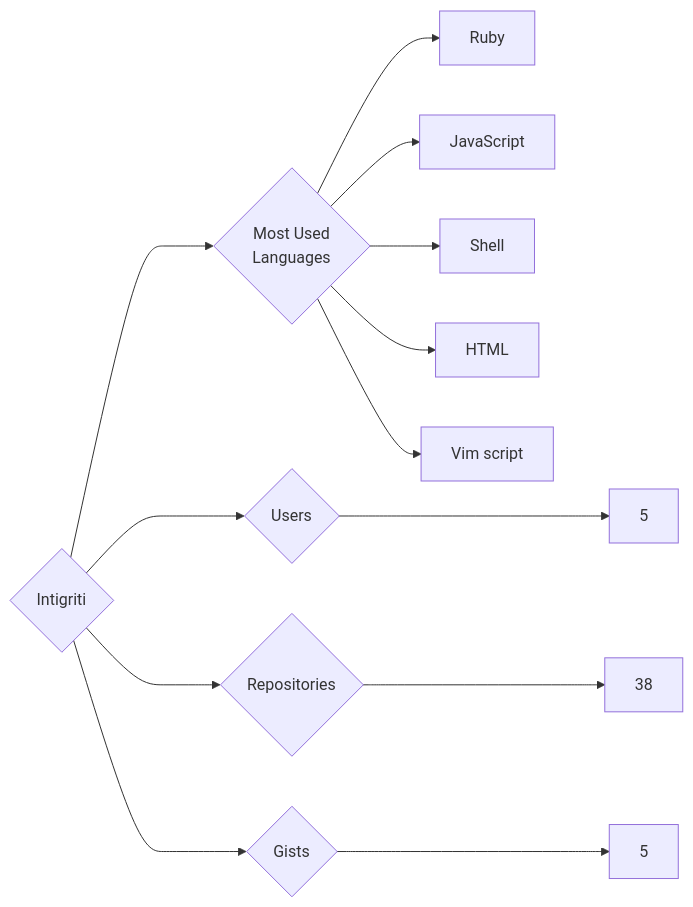
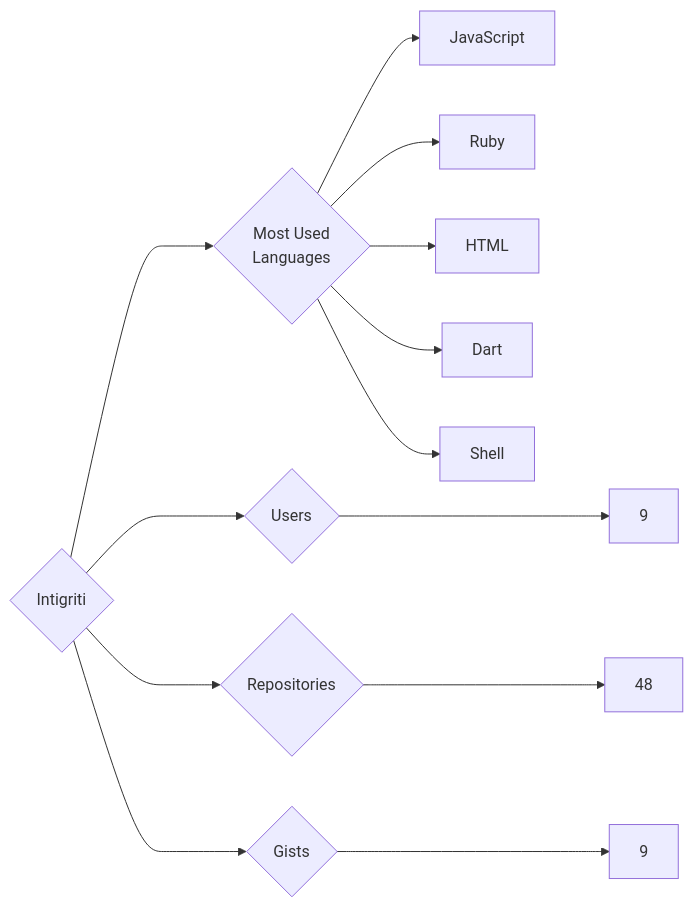
The diagram in targets/Intigriti/README.md (trickest/insiders), drawn with Mermaid before and after one commit. The commit also changed 895 other files, not shown here.

````diff
--- a/targets/Intigriti/README.md
+++ b/targets/Intigriti/README.md
@@ -3,13 +3,13 @@
 ```mermaid
 graph LR
 COMPANY_NAME{Intigriti}
-COMPANY_NAME ---> U{Users} ---> UN[5]
-COMPANY_NAME ---> R{Repositories} ---> RN[38]
-COMPANY_NAME ---> G{Gists} ---> GN[5]
+COMPANY_NAME ---> U{Users} ---> UN[9]
+COMPANY_NAME ---> R{Repositories} ---> RN[48]
+COMPANY_NAME ---> G{Gists} ---> GN[9]
 COMPANY_NAME ---> ML{Most Used<br>Languages}
+ML --> JavaScript[JavaScript]
 ML --> Ruby[Ruby]
-ML --> JavaScript[JavaScript]
+ML --> HTML[HTML]
+ML --> Dart[Dart]
 ML --> Shell[Shell]
-ML --> HTML[HTML]
-ML --> Vim_script[Vim script]
 ```
````
